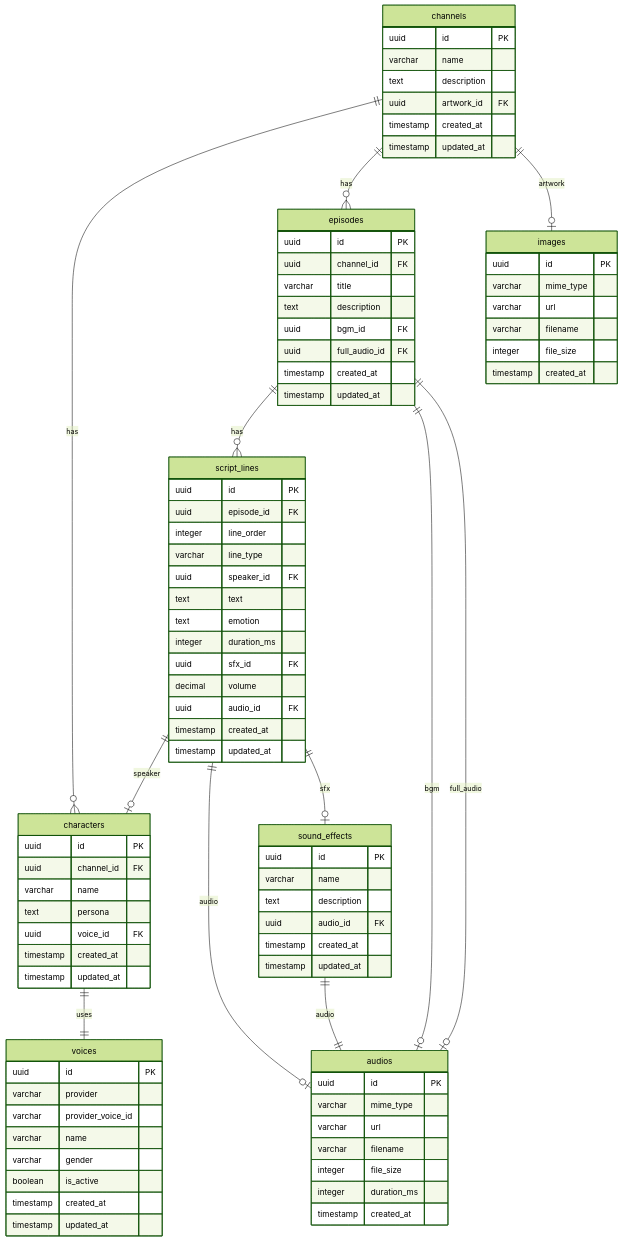
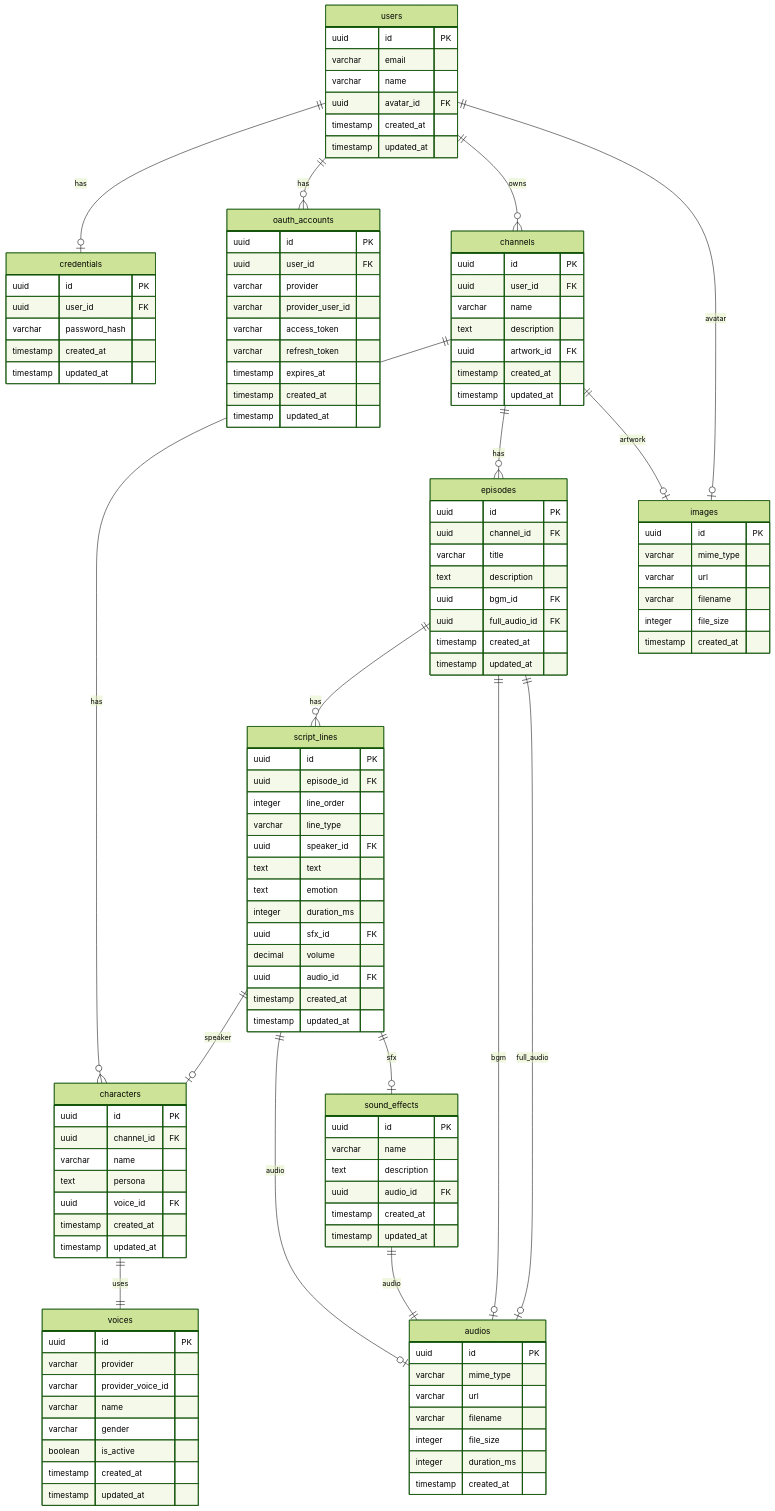
The diagram in doc/database.md (siropaca/anycast-backend), drawn with Mermaid (forest theme) before and after one commit. The commit also changed other lines of this file and 1 other file, not shown here.

First line of the commit message:
Add authentication schema and API endpoints

````diff
--- a/doc/database.md
+++ b/doc/database.md
@@ -5,5 +5,9 @@
 ```mermaid
 erDiagram
+    users ||--o| credentials : has
+    users ||--o{ oauth_accounts : has
+    users ||--o{ channels : owns
+    users ||--o| images : avatar
     channels ||--o{ characters : has
     channels ||--o{ episodes : has
     channels ||--o| images : artwork
@@ -16,8 +20,38 @@
     script_lines ||--o| sound_effects : sfx
     sound_effects ||--|| audios : audio
 
+    users {
+        uuid id PK
+        varchar email
+        varchar name
+        uuid avatar_id FK
+        timestamp created_at
+        timestamp updated_at
+    }
+
+    credentials {
+        uuid id PK
+        uuid user_id FK
+        varchar password_hash
+        timestamp created_at
+        timestamp updated_at
+    }
+
+    oauth_accounts {
+        uuid id PK
+        uuid user_id FK
+        varchar provider
+        varchar provider_user_id
+        varchar access_token
+        varchar refresh_token
+        timestamp expires_at
+        timestamp created_at
+        timestamp updated_at
+    }
+
     channels {
         uuid id PK
+        uuid user_id FK
         varchar name
         text description
         uuid artwork_id FK
````
